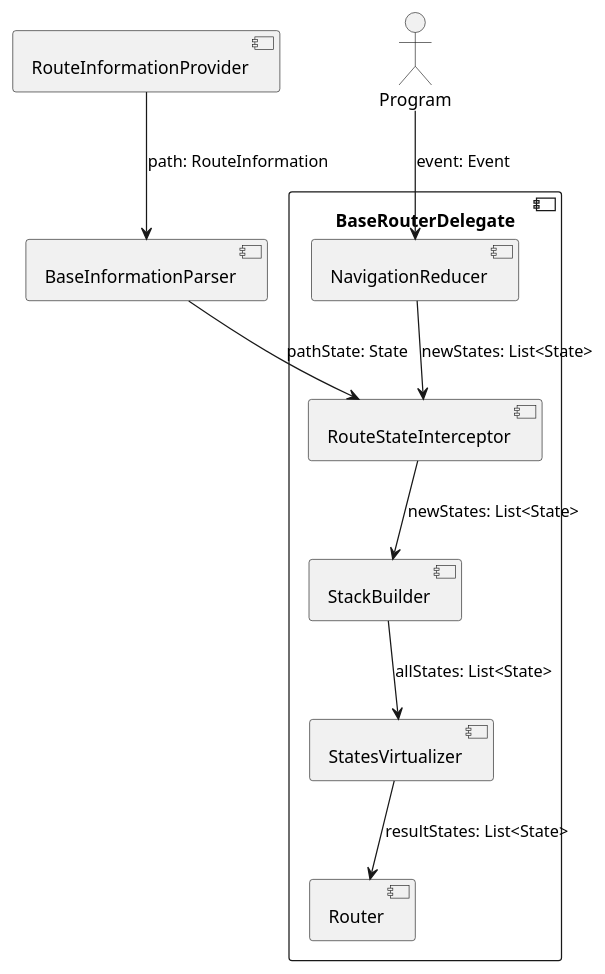
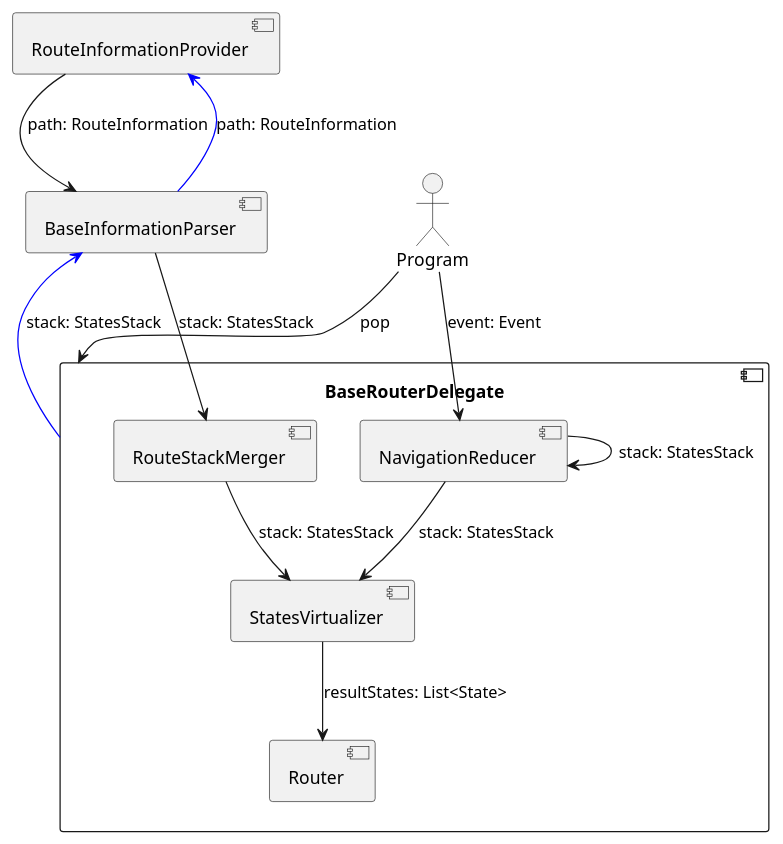
The diagram in router_delegate_processing.puml (HappyDevil/navigation_library), drawn with PlantUML before and after one commit. The commit also changed 16 other files, not shown here.

Commit message:
Arch refactoring state indexed by router_delegate_processing.puml

```diff
--- a/router_delegate_processing.puml
+++ b/router_delegate_processing.puml
@@ -1,23 +1,25 @@
 @startuml
 component RouteInformationProvider
 component BaseInformationParser
 actor Program
 component BaseRouterDelegate {
-    component RouteStateInterceptor
     component NavigationReducer
-    component StackBuilder
     component StatesVirtualizer
+    component RouteStackMerger
     component Router
 }
 
 
 RouteInformationProvider --> BaseInformationParser : path: RouteInformation
-BaseInformationParser-->  RouteStateInterceptor : pathState: State
-RouteStateInterceptor --> StackBuilder: newStates: List<State>
+BaseInformationParser --> RouteInformationProvider #blue : path: RouteInformation
+BaseRouterDelegate --> BaseInformationParser #blue : stack: StatesStack
+BaseInformationParser --> RouteStackMerger : stack: StatesStack
+RouteStackMerger --> StatesVirtualizer : stack: StatesStack
 Program --> NavigationReducer : event: Event
-NavigationReducer --> RouteStateInterceptor : newStates: List<State>
-StackBuilder --> StatesVirtualizer : allStates: List<State>
+Program --> BaseRouterDelegate : pop
+NavigationReducer --> StatesVirtualizer : stack: StatesStack
+NavigationReducer --> NavigationReducer : stack: StatesStack
 StatesVirtualizer --> Router : resultStates: List<State>
 
 
 @enduml
```
